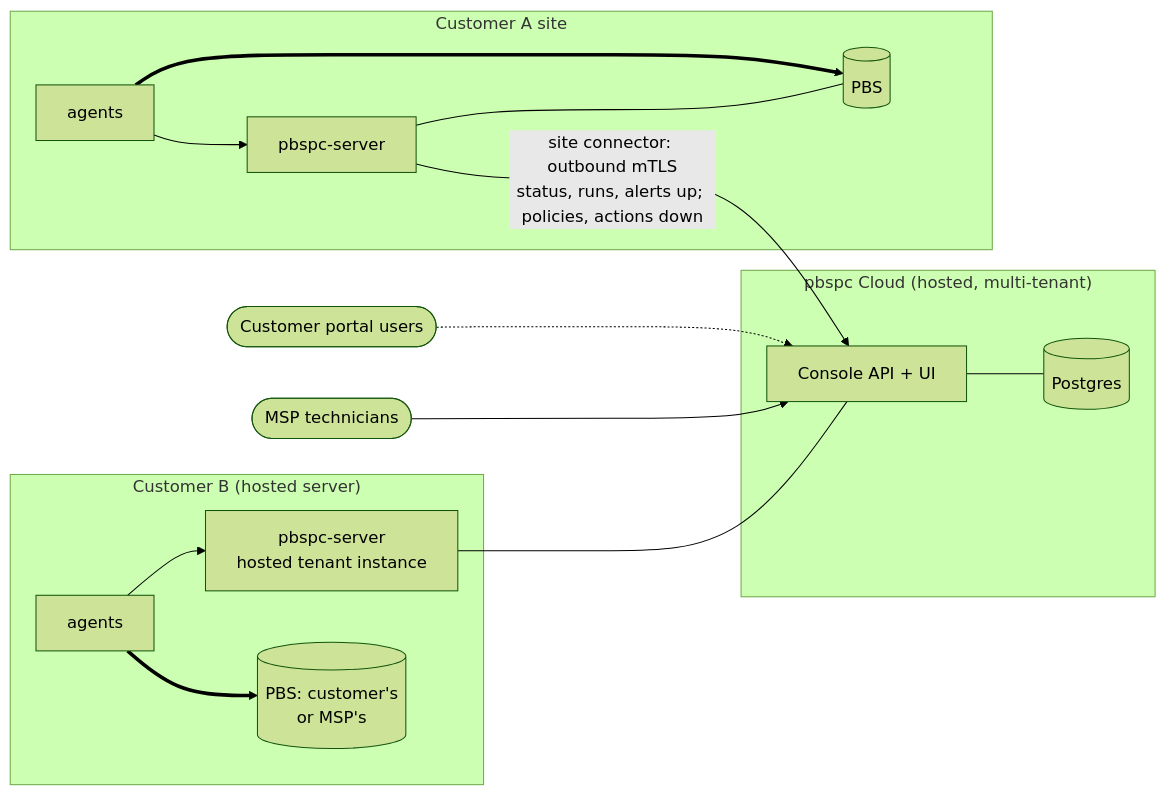
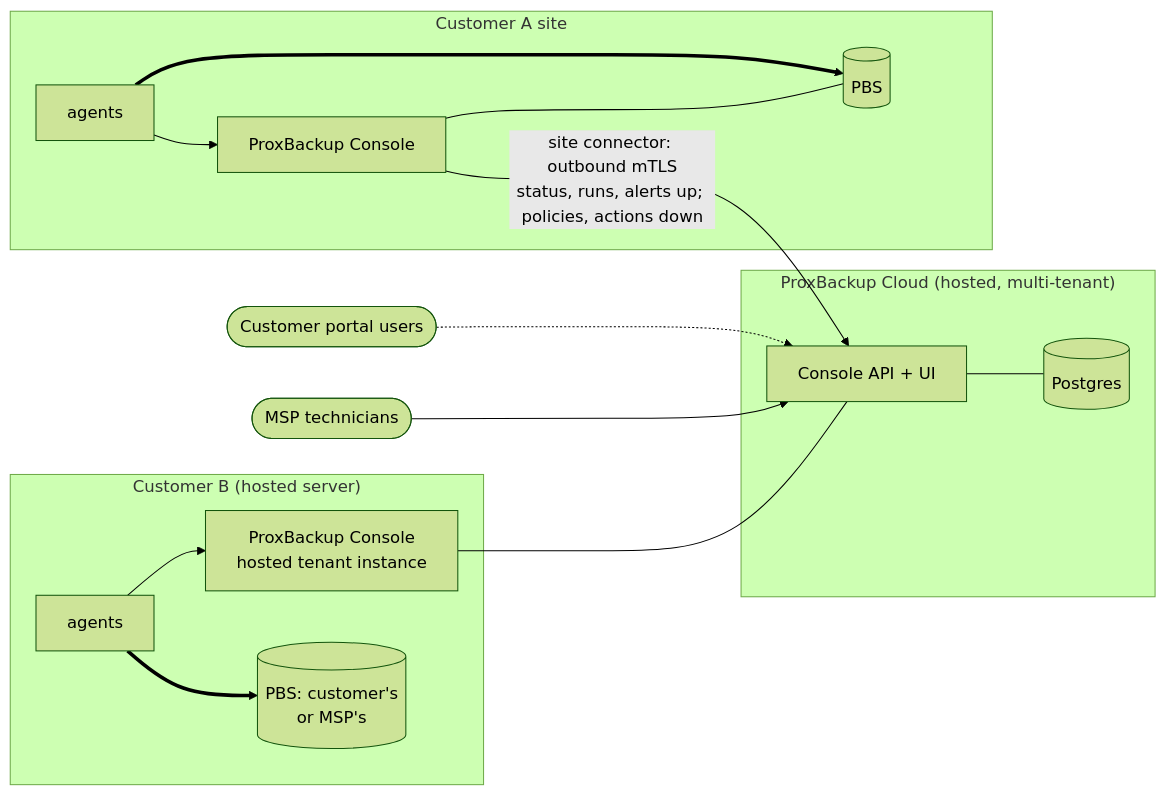
One commit to Lopicl/proxbackup-solution changed the fifth of 5 diagrams in docs/architecture.md. Above: the diagram before and after it, drawn with Mermaid (forest theme). The commit also changed other lines of this file and 6 other files, not shown here.

First line of the commit message:
chore: rename the product to ProxBackup Solution

````diff
--- a/docs/architecture.md
+++ b/docs/architecture.md
@@ -373,25 +373,25 @@
 ```mermaid
 flowchart LR
-  subgraph CLOUD["pbspc Cloud (hosted, multi-tenant)"]
+  subgraph CLOUD["ProxBackup Cloud (hosted, multi-tenant)"]
     CON["Console API + UI"]
     CDB[(Postgres)]
     CON --- CDB
   end
 
   subgraph CA["Customer A site"]
-    SA["pbspc-server"] --- PA[("PBS")]
+    SA["ProxBackup Console"] --- PA[("PBS")]
     AGA["agents"] --> SA
     AGA ==> PA
   end
 
   subgraph CB["Customer B (hosted server)"]
-    SB["pbspc-server<br/>hosted tenant instance"]
+    SB["ProxBackup Console<br/>hosted tenant instance"]
     AGB["agents"] --> SB
     AGB ==> PB[("PBS: customer's<br/>or MSP's")]
   end
 
   SA -- "site connector: outbound mTLS<br/>status, runs, alerts up; policies, actions down" --> CON
   SB --- CON
   TECH(["MSP technicians"]) --> CON
   CUST(["Customer portal users"]) -.-> CON
 ```
````
